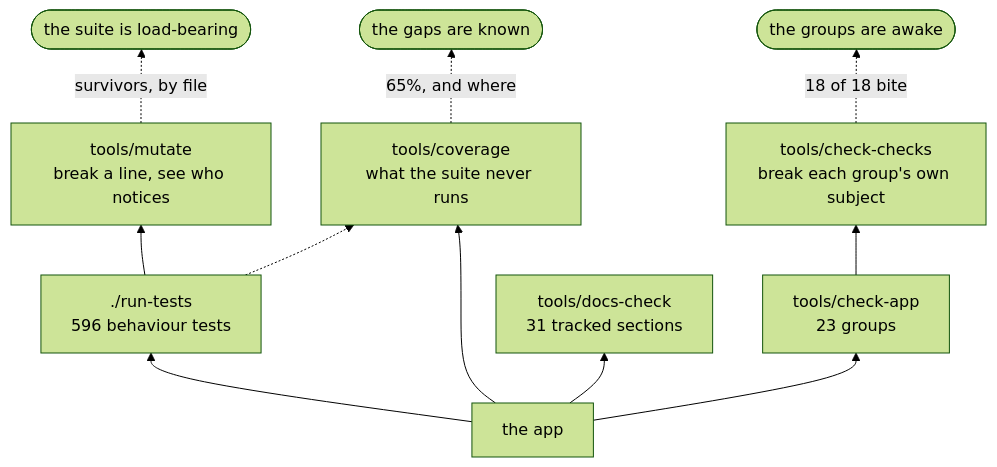
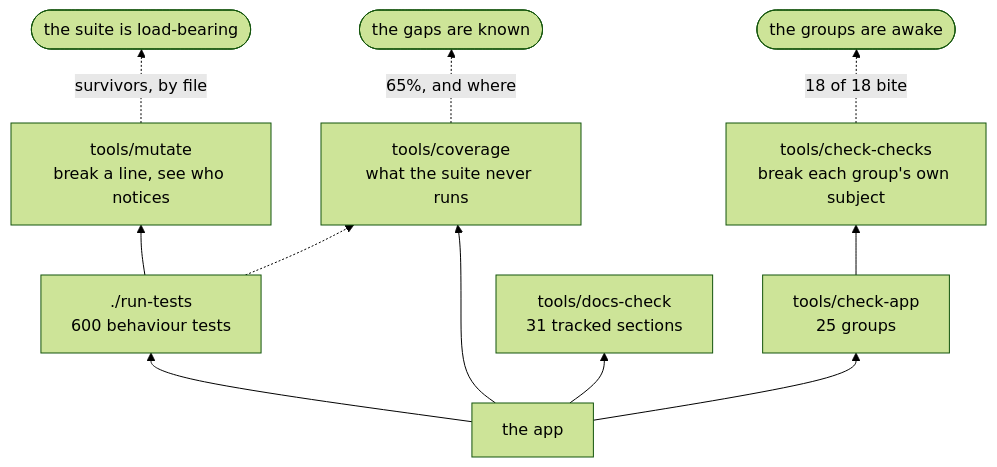
The second of 2 diagrams in docs/DEVELOPING.md (minormending/crystal-pilot-mobile), drawn with Mermaid (forest theme) before and after one commit. The commit also changed other lines of this file and 6 other files, not shown here.

````diff
--- a/docs/DEVELOPING.md
+++ b/docs/DEVELOPING.md
@@ -124,13 +124,13 @@
 ```mermaid
 flowchart BT
-    C["the app"] --> T["./run-tests<br/>596 behaviour tests"]
-    C --> A["tools/check-app<br/>23 groups"]
+    C["the app"] --> T["./run-tests<br/>600 behaviour tests"]
+    C --> A["tools/check-app<br/>25 groups"]
     C --> D["tools/docs-check<br/>31 tracked sections"]
     C --> V["tools/coverage<br/>what the suite never runs"]
     T --> M["tools/mutate<br/>break a line, see who notices"]
     A --> K["tools/check-checks<br/>break each group's own subject"]
     T -.-> V
     M -.->|"survivors, by file"| R(["the suite is load-bearing"])
     K -.->|"18 of 18 bite"| R2(["the groups are awake"])
     V -.->|"65%, and where"| R3(["the gaps are known"])
 ```
````
